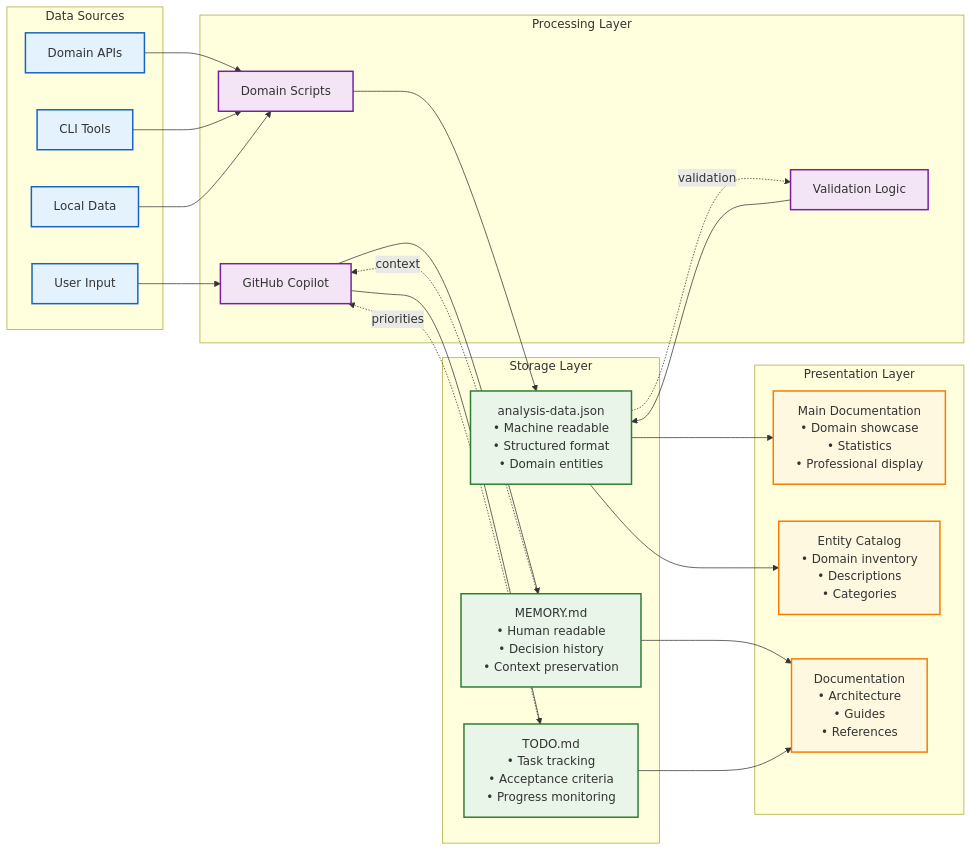
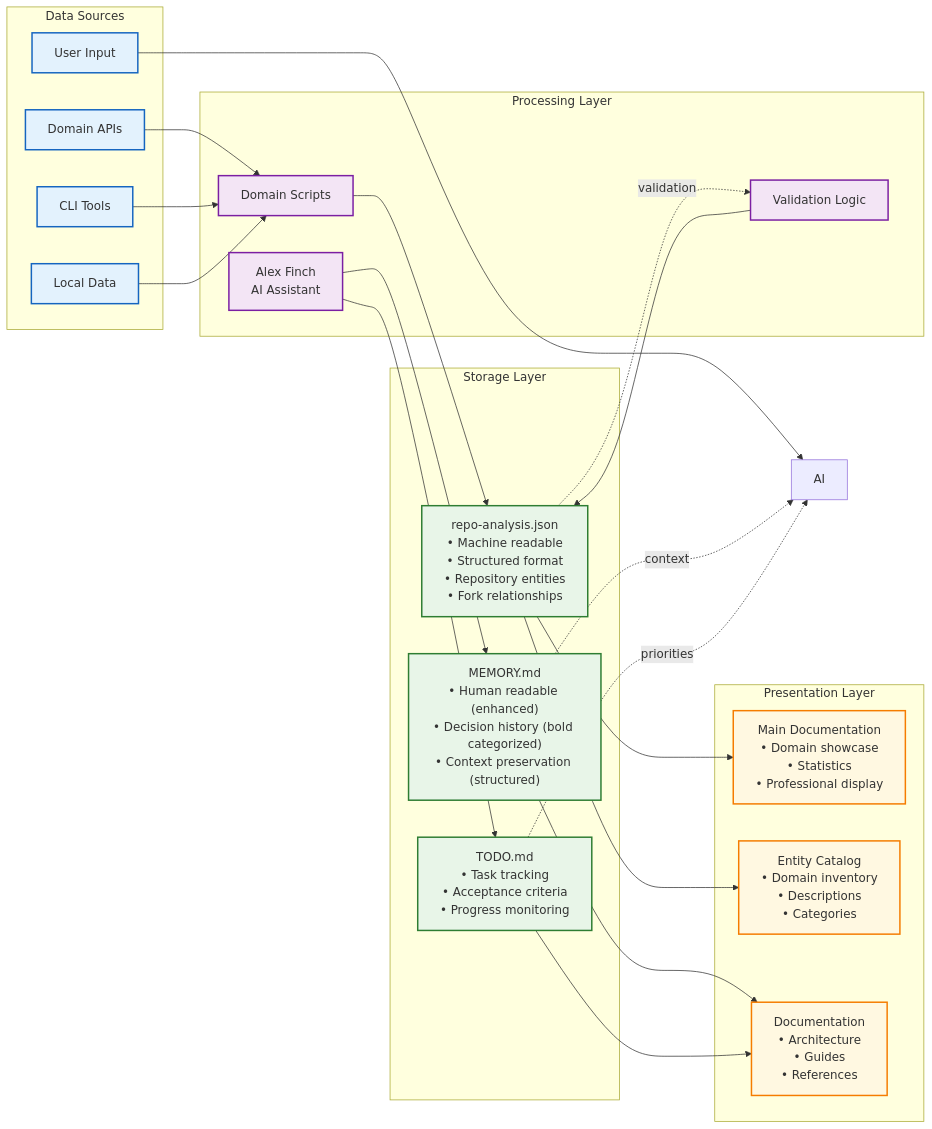
The fifth of 5 diagrams in PAPER.md (fabioc-aloha/fabioc-aloha), drawn with Mermaid before and after one commit. The commit also changed other lines of this file and 7 other files, not shown here.

First line of the commit message:
feat: optimize cognitive architecture for enhanced AI usability

````diff
--- a/PAPER.md
+++ b/PAPER.md
@@ -858,59 +900,59 @@
 ```mermaid
 flowchart LR
   subgraph Sources ["Data Sources"]
     DOMAIN_API[Domain APIs]
     CLI_TOOLS[CLI Tools]
     LOCAL[Local Data]
     USER[User Input]
   end
 
   subgraph Processing ["Processing Layer"]
     DS[Domain Scripts]
-    AI[GitHub Copilot]
+    AF["Alex Finch<br/>AI Assistant"]
     VAL[Validation Logic]
   end
 
   subgraph Storage ["Storage Layer"]
-    JSON[analysis-data.json<br/>• Machine readable<br/>• Structured format<br/>• Domain entities]
-    MEM[MEMORY.md<br/>• Human readable<br/>• Decision history<br/>• Context preservation]
-    TODO[TODO.md<br/>• Task tracking<br/>• Acceptance criteria<br/>• Progress monitoring]
+    JSON["repo-analysis.json<br/>• Machine readable<br/>• Structured format<br/>• Repository entities<br/>• Fork relationships"]
+    MEM["MEMORY.md<br/>• Human readable (enhanced)<br/>• Decision history (bold categorized)<br/>• Context preservation (structured)"]
+    TODO["TODO.md<br/>• Task tracking<br/>• Acceptance criteria<br/>• Progress monitoring"]
   end
 
   subgraph Presentation ["Presentation Layer"]
-    MAIN[Main Documentation<br/>• Domain showcase<br/>• Statistics<br/>• Professional display]
-    CATALOG[Entity Catalog<br/>• Domain inventory<br/>• Descriptions<br/>• Categories]
-    DOCS[Documentation<br/>• Architecture<br/>• Guides<br/>• References]
+    MAIN["Main Documentation<br/>• Domain showcase<br/>• Statistics<br/>• Professional display"]
+    CATALOG["Entity Catalog<br/>• Domain inventory<br/>• Descriptions<br/>• Categories"]
+    DOCS["Documentation<br/>• Architecture<br/>• Guides<br/>• References"]
   end
 
   %% Data flow
   DOMAIN_API --> DS
   CLI_TOOLS --> DS
   LOCAL --> DS
   USER --> AI
 
   DS --> JSON
-  AI --> MEM
-  AI --> TODO
+  AF --> MEM
+  AF --> TODO
   VAL --> JSON
 
   JSON --> MAIN
   JSON --> CATALOG
   MEM --> DOCS
   TODO --> DOCS
 
   %% Feedback loops
   JSON -.validation.-> VAL
   MEM -.context.-> AI
   TODO -.priorities.-> AI
 
   %% Styling
   classDef source fill:#e3f2fd,stroke:#1565c0,stroke-width:2px
   classDef process fill:#f3e5f5,stroke:#7b1fa2,stroke-width:2px
   classDef storage fill:#e8f5e8,stroke:#2e7d32,stroke-width:2px
   classDef present fill:#fff8e1,stroke:#f57c00,stroke-width:2px
 
   class DOMAIN_API,CLI_TOOLS,LOCAL,USER source
-  class DS,AI,VAL process
+  class DS,AF,VAL process
   class JSON,MEM,TODO storage
   class MAIN,CATALOG,DOCS present
 ```
````
